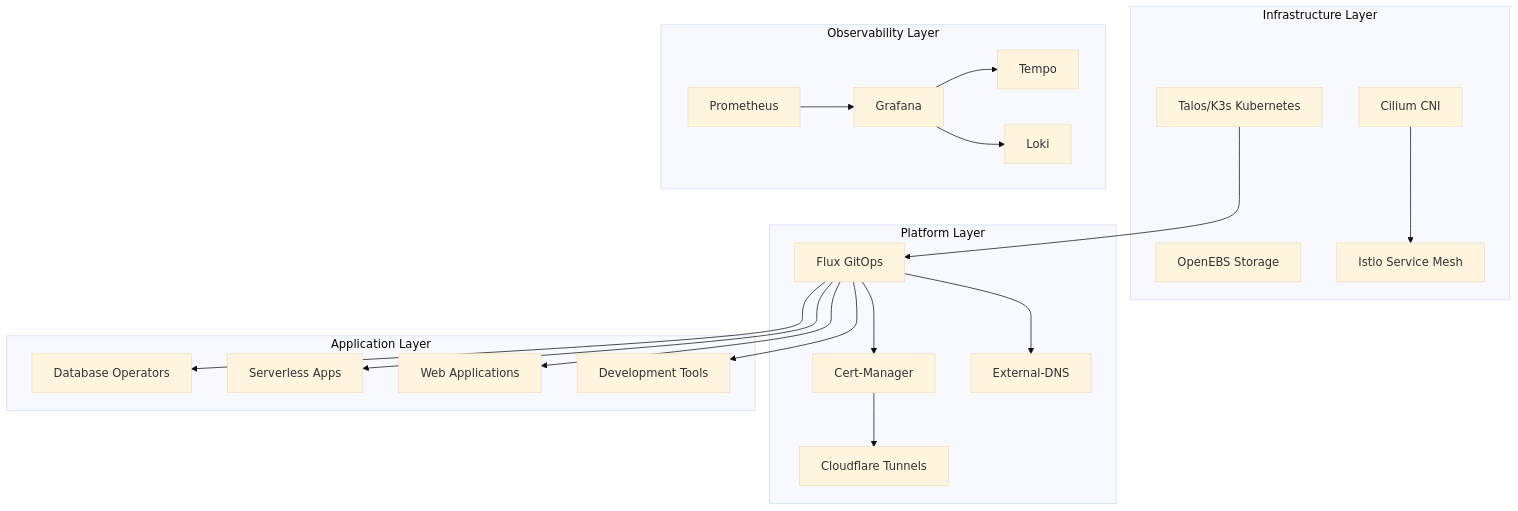
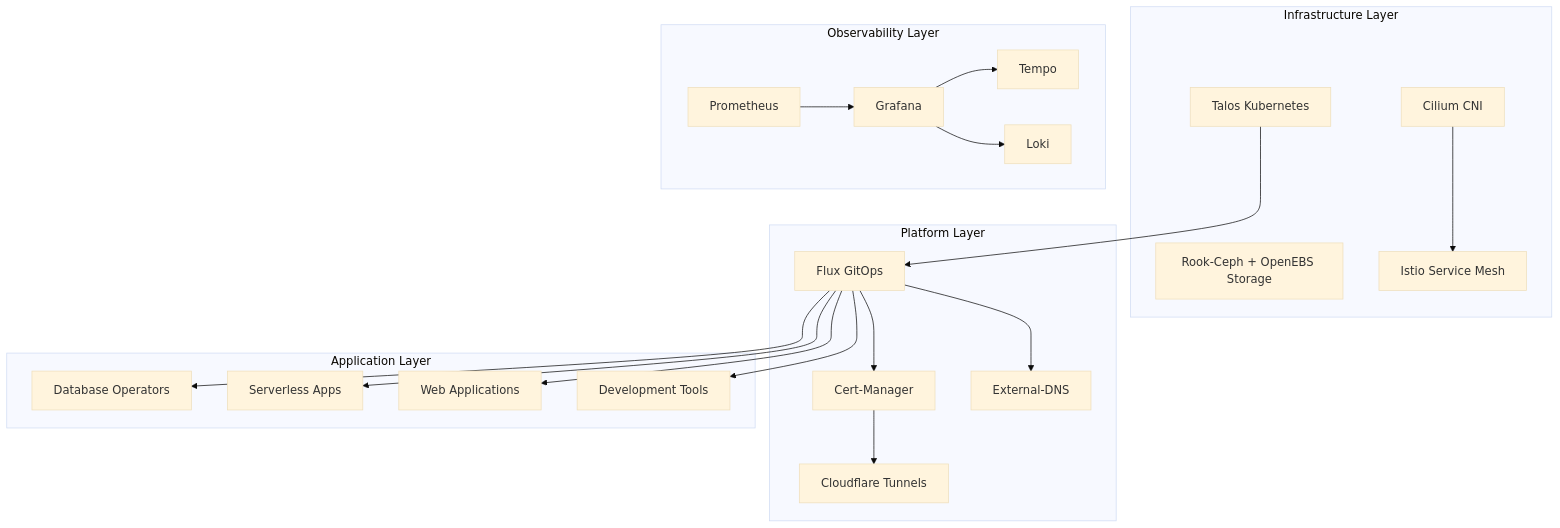
The diagram in docs/README.md (enchantednatures/HomeCluster), drawn with Mermaid (base theme) before and after one commit. The commit also changed other lines of this file and 9 other files, not shown here.

Commit message:
docs: update architecture and infrastructure documentation

````diff
--- a/docs/README.md
+++ b/docs/README.md
@@ -31,43 +32,43 @@
 ```mermaid
 graph TB
     subgraph "Infrastructure Layer"
-        A[Talos/K3s Kubernetes]
+        A[Talos Kubernetes]
         B[Cilium CNI]
-        C[OpenEBS Storage]
+        C[Rook-Ceph + OpenEBS Storage]
         D[Istio Service Mesh]
     end
-    
+
     subgraph "Platform Layer"
         E[Flux GitOps]
         F[Cert-Manager]
         G[External-DNS]
         H[Cloudflare Tunnels]
     end
-    
+
     subgraph "Observability Layer"
         I[Prometheus]
         J[Grafana]
         K[Tempo]
         L[Loki]
     end
-    
+
     subgraph "Application Layer"
         M[Database Operators]
         N[Serverless Apps]
         O[Web Applications]
         P[Development Tools]
     end
-    
+
     A --> E
     B --> D
     E --> F
     E --> G
     F --> H
     I --> J
     J --> K
     J --> L
     E --> M
     E --> N
     E --> O
     E --> P
 ```
````
